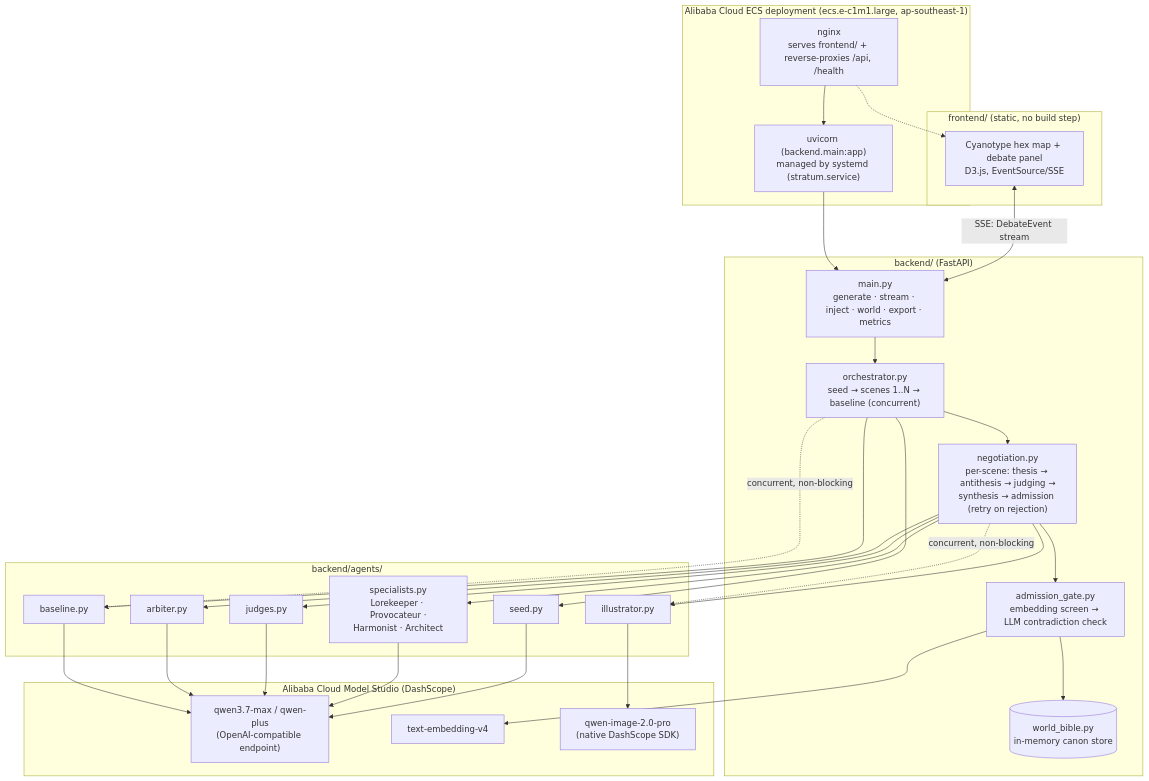
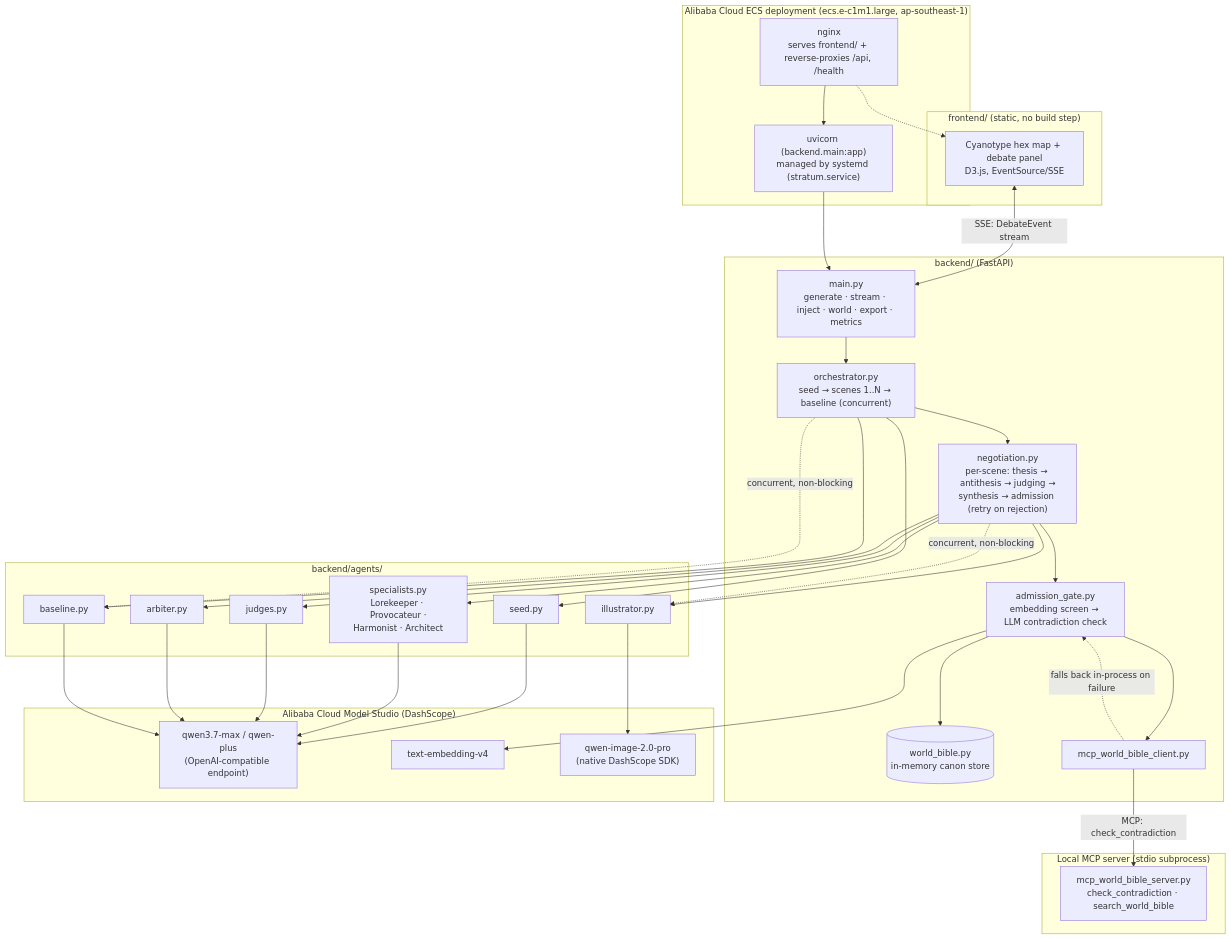
One commit to QasimKhan5x/stratum changed the diagram in README.md. Above: the diagram before and after it, drawn with Mermaid. The commit also changed other lines of this file and 16 other files, not shown here.

````diff
--- a/README.md
+++ b/README.md
@@ -17,50 +17,58 @@
 ```mermaid
 flowchart TB
     subgraph Frontend["frontend/ (static, no build step)"]
         UI[Cyanotype hex map + debate panel<br/>D3.js, EventSource/SSE]
     end
 
     subgraph Backend["backend/ (FastAPI)"]
         API["main.py<br/>generate · stream · inject · world · export · metrics"]
         Orch["orchestrator.py<br/>seed → scenes 1..N → baseline (concurrent)"]
         Neg["negotiation.py<br/>per-scene: thesis → antithesis → judging →<br/>synthesis → admission (retry on rejection)"]
         Gate["admission_gate.py<br/>embedding screen → LLM contradiction check"]
         WB[("world_bible.py<br/>in-memory canon store")]
+        McpClient["mcp_world_bible_client.py"]
+    end
+
+    subgraph MCP["Local MCP server (stdio subprocess)"]
+        McpServer["mcp_world_bible_server.py<br/>check_contradiction · search_world_bible"]
     end
 
     subgraph Agents["backend/agents/"]
         Seed[seed.py]
         Spec["specialists.py<br/>Lorekeeper · Provocateur ·<br/>Harmonist · Architect"]
         Judges[judges.py]
         Arbiter[arbiter.py]
         Baseline[baseline.py]
         Illustrator[illustrator.py]
     end
 
     subgraph DashScope["Alibaba Cloud Model Studio (DashScope)"]
         Chat["qwen3.7-max / qwen-plus<br/>(OpenAI-compatible endpoint)"]
         Embed["text-embedding-v4"]
         Image["qwen-image-2.0-pro<br/>(native DashScope SDK)"]
     end
 
     subgraph ECS["Alibaba Cloud ECS deployment (ecs.e-c1m1.large, ap-southeast-1)"]
         Nginx["nginx<br/>serves frontend/ + reverse-proxies /api, /health"]
         Uvicorn["uvicorn (backend.main:app)<br/>managed by systemd (stratum.service)"]
     end
 
     UI <-- "SSE: DebateEvent stream" --> API
     API --> Orch --> Neg
     Neg --> Spec & Judges & Arbiter
     Neg --> Gate --> WB
+    Gate --> McpClient
+    McpClient -- "MCP: check_contradiction" --> McpServer
+    McpClient -. "falls back in-process on failure" .-> Gate
     Orch --> Seed & Baseline
     Neg --> Illustrator
     Orch -. "concurrent, non-blocking" .-> Baseline
     Neg -. "concurrent, non-blocking" .-> Illustrator
 
     Seed & Spec & Judges & Arbiter & Baseline --> Chat
     Gate --> Embed
     Illustrator --> Image
 
     Nginx --> Uvicorn --> API
     Nginx -.-> UI
 ```
````
